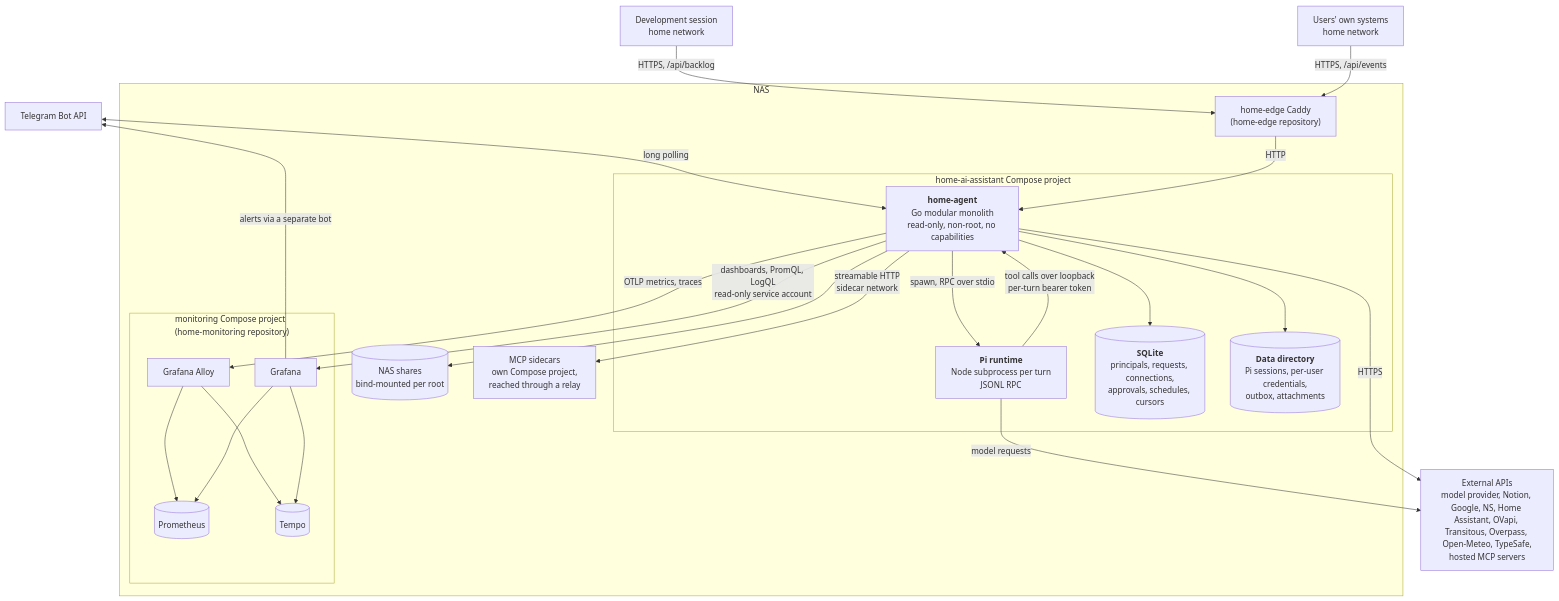
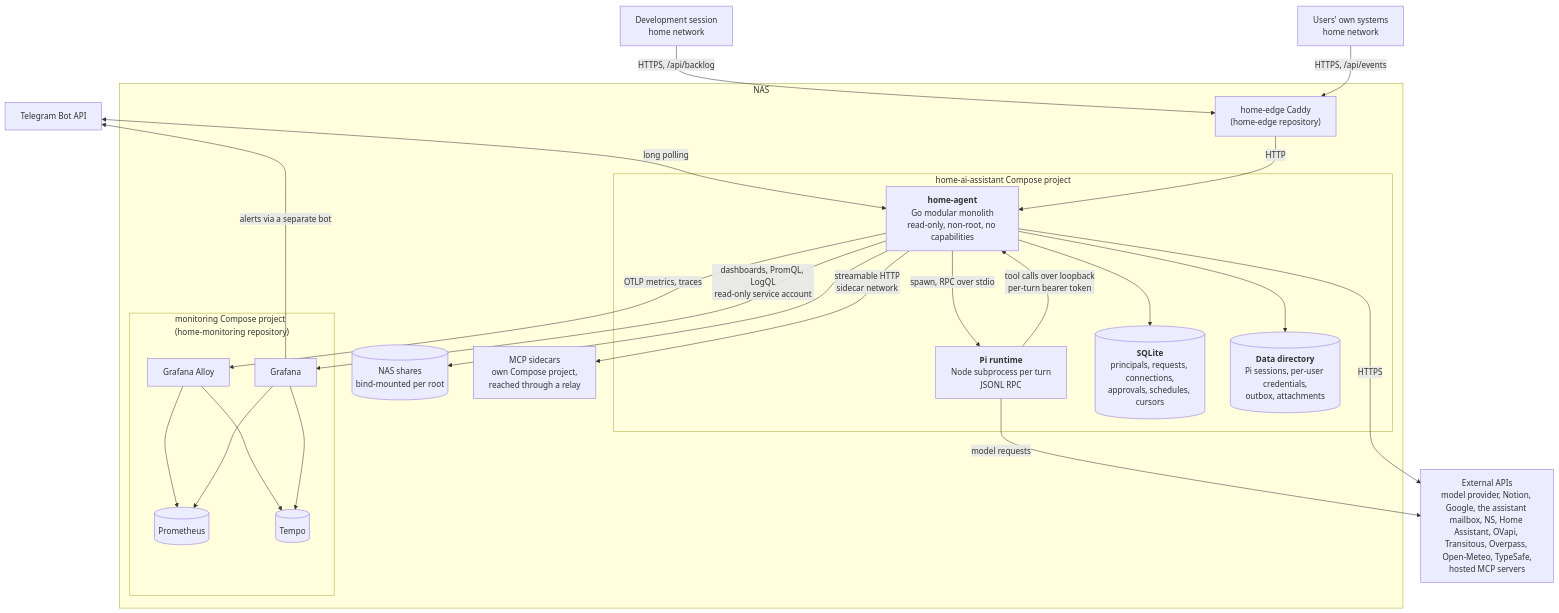
The second of 3 diagrams in docs/architecture.md (vladar107/home-ai-assistant), drawn with Mermaid before and after one commit. The commit also changed other lines of this file and 11 other files, not shown here.

Commit message:
feat: show the assistant mailbox in settings and document it

````diff
--- a/docs/architecture.md
+++ b/docs/architecture.md
@@ -61,45 +63,45 @@
 ```mermaid
 flowchart TB
     telegram["Telegram Bot API"]
-    ext["External APIs<br/>model provider, Notion, Google, NS, Home Assistant, OVapi, Transitous, Overpass, Open-Meteo, TypeSafe,<br/>hosted MCP servers"]
+    ext["External APIs<br/>model provider, Notion, Google, the assistant mailbox, NS, Home Assistant, OVapi, Transitous, Overpass, Open-Meteo, TypeSafe,<br/>hosted MCP servers"]
 
     subgraph nas["NAS"]
         subgraph app["home-ai-assistant Compose project"]
             go["<b>home-agent</b><br/>Go modular monolith<br/>read-only, non-root, no capabilities"]
             pi["<b>Pi runtime</b><br/>Node subprocess per turn<br/>JSONL RPC"]
             db[("<b>SQLite</b><br/>principals, requests, connections,<br/>approvals, schedules, cursors")]
             files[("<b>Data directory</b><br/>Pi sessions, per-user credentials,<br/>outbox, attachments")]
         end
         subgraph mon["monitoring Compose project<br/>(home-monitoring repository)"]
             alloy["Grafana Alloy"]
             prom[("Prometheus")]
             tempo[("Tempo")]
             grafana["Grafana"]
         end
         caddy["home-edge Caddy<br/>(home-edge repository)"]
         shares[("NAS shares<br/>bind-mounted per root")]
         sidecars["MCP sidecars<br/>own Compose project,<br/>reached through a relay"]
     end
     dev["Development session<br/>home network"]
     systems["Users' own systems<br/>home network"]
 
     telegram <-->|long polling| go
     go -->|spawn, RPC over stdio| pi
     pi -->|tool calls over loopback<br/>per-turn bearer token| go
     pi -->|model requests| ext
     go -->|HTTPS| ext
     go -->|dashboards, PromQL, LogQL<br/>read-only service account| grafana
     go --> db
     go --> files
     go --> shares
     go -->|streamable HTTP<br/>sidecar network| sidecars
     go -->|OTLP metrics, traces| alloy
     dev -->|HTTPS, /api/backlog| caddy
     systems -->|HTTPS, /api/events| caddy
     caddy -->|HTTP| go
     alloy --> prom
     alloy --> tempo
     grafana --> prom
     grafana --> tempo
     grafana -->|alerts via a separate bot| telegram
 ```
````
